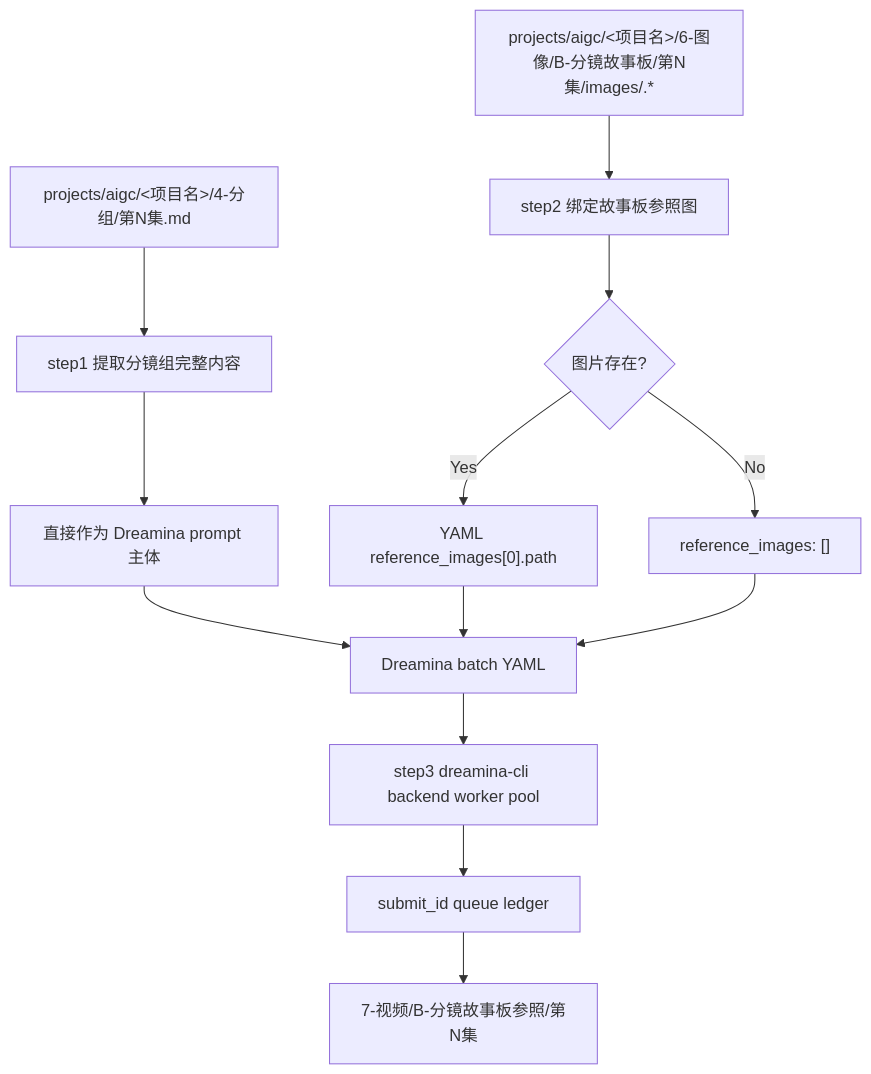
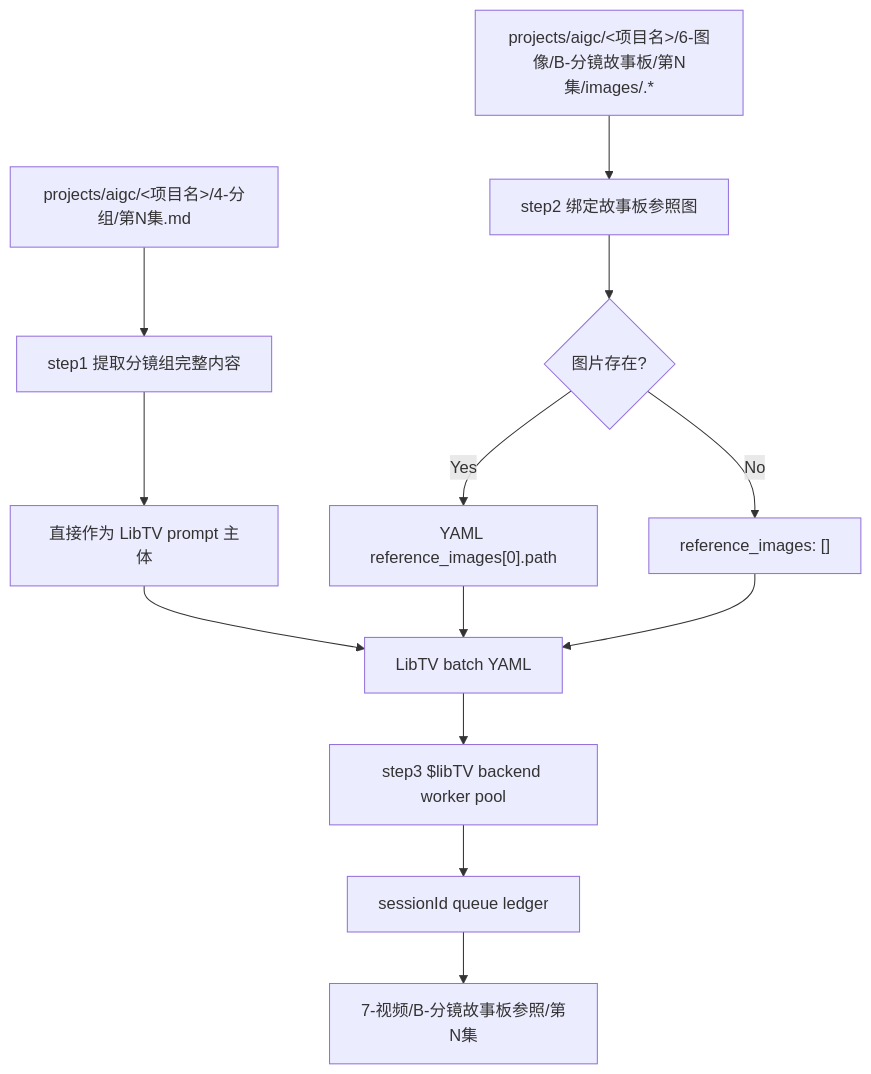
One commit to ZEN-VOID/AI-CUT changed the first of 3 diagrams in .agents/skills/aigc/7-视频/B-分镜故事板参照/SKILL.md. Above: the diagram before and after it, drawn with Mermaid. The commit also changed other lines of this file and 173 other files, not shown here.

````diff
--- a/.agents/skills/aigc/7-视频/B-分镜故事板参照/SKILL.md
+++ b/.agents/skills/aigc/7-视频/B-分镜故事板参照/SKILL.md
@@ -95,15 +107,15 @@
 ```mermaid
 flowchart TD
     A["projects/aigc/<项目名>/4-分组/第N集.md"] --> B["step1 提取分镜组完整内容"]
-    B --> C["直接作为 Dreamina prompt 主体"]
+    B --> C["直接作为 LibTV prompt 主体"]
     D["projects/aigc/<项目名>/6-图像/B-分镜故事板/第N集/images/<group_id>.*"] --> E["step2 绑定故事板参照图"]
     E --> F{"图片存在?"}
     F -->|"Yes"| G["YAML reference_images[0].path"]
     F -->|"No"| H["reference_images: []"]
-    C --> I["Dreamina batch YAML"]
+    C --> I["LibTV batch YAML"]
     G --> I
     H --> I
-    I --> J["step3 dreamina-cli backend worker pool"]
-    J --> K["submit_id queue ledger"]
+    I --> J["step3 $libTV backend worker pool"]
+    J --> K["sessionId queue ledger"]
     K --> L["7-视频/B-分镜故事板参照/第N集"]
 ```
````
